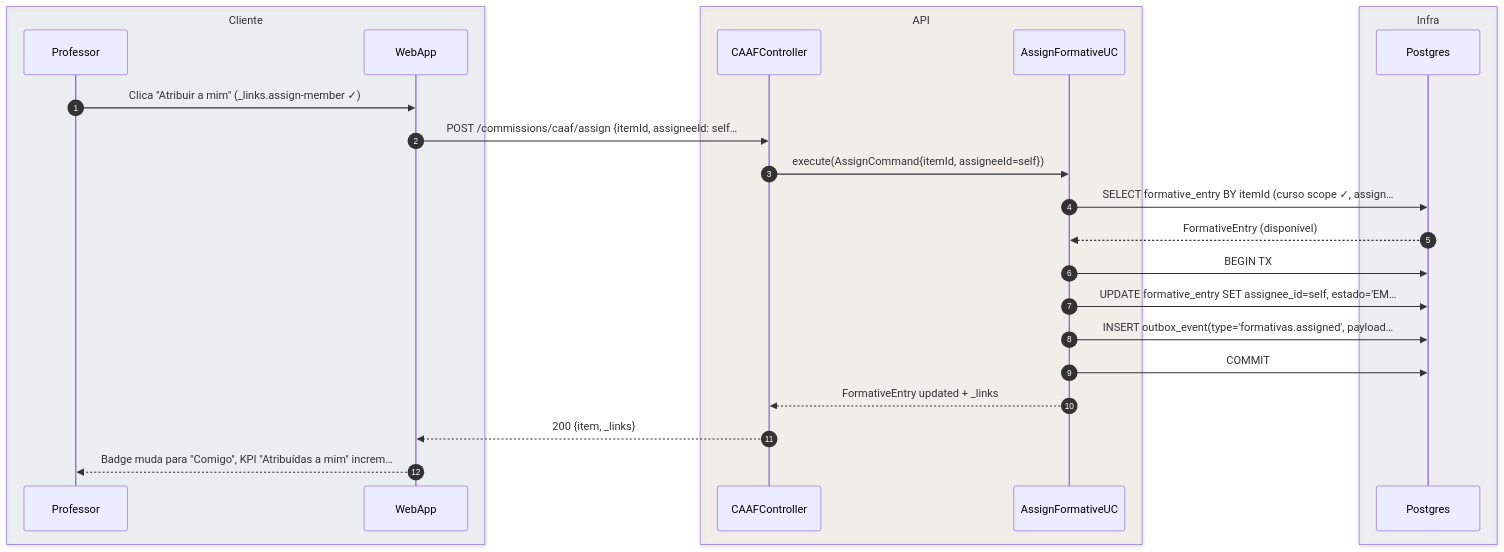
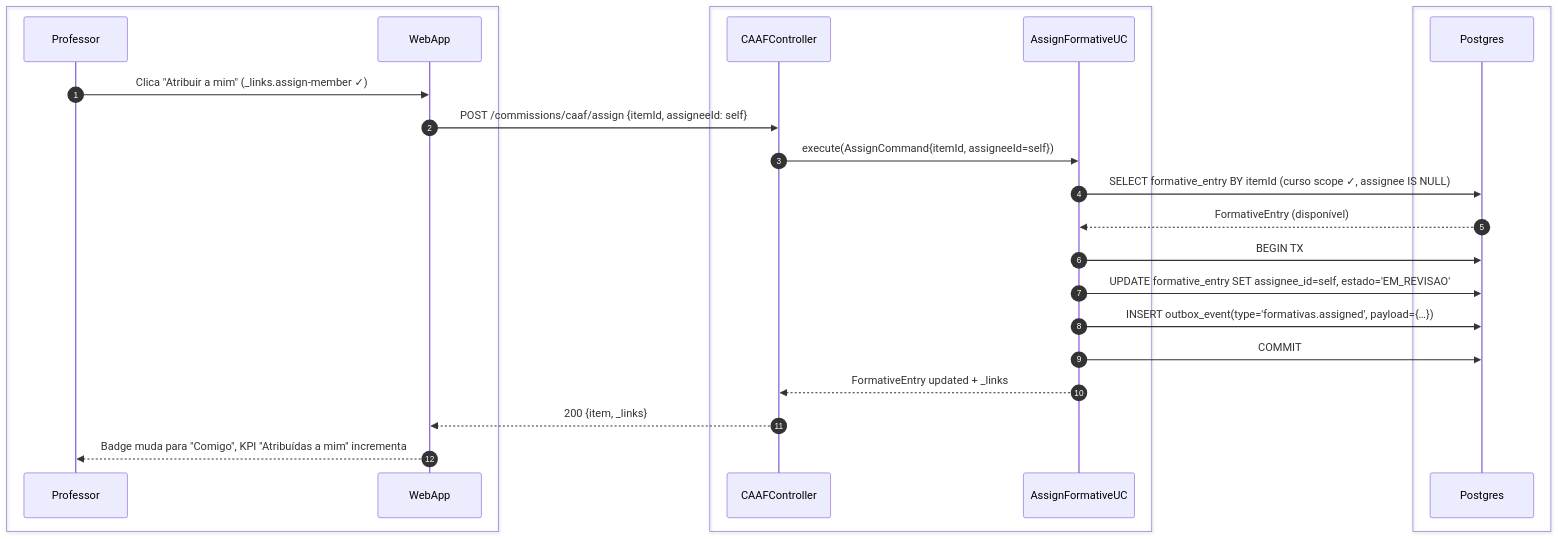
The second of 6 diagrams in foundationDocs/sequenceDiagrams/F4 — Comissões/US-F4-001-COMISSAO-CAAF.md (umishell/secretariaOnline2), drawn with Mermaid before and after one commit. The commit also changed other lines of this file and 70 other files, not shown here.

First line of the commit message:
Enhance database documentation and introduce new schema files

````diff
--- a/foundationDocs/sequenceDiagrams/F4 — Comissões/US-F4-001-COMISSAO-CAAF.md
+++ b/foundationDocs/sequenceDiagrams/F4 — Comissões/US-F4-001-COMISSAO-CAAF.md
@@ -93,28 +93,28 @@
 ```mermaid
 sequenceDiagram
     autonumber
-    box rgba(230,245,255,0.3) Cliente
+    box #f4f4f4 Cliente
         participant Professor
         participant WebApp
     end
-    box rgba(255,245,230,0.3) API
+    box #f4f4f4 API
         participant CTRL as CAAFController
         participant UC as AssignFormativeUC
     end
-    box rgba(245,240,255,0.3) Infra
+    box #f4f4f4 Infra
         participant DB as Postgres
     end
 
     Professor->>WebApp: Clica "Atribuir a mim" (_links.assign-member ✓)
-    WebApp->>CTRL: POST /commissions/caaf/assign {itemId, assigneeId: self…
+    WebApp->>CTRL: POST /commissions/caaf/assign {itemId, assigneeId: self}
     CTRL->>UC: execute(AssignCommand{itemId, assigneeId=self})
-    UC->>DB: SELECT formative_entry BY itemId (curso scope ✓, assign…
+    UC->>DB: SELECT formative_entry BY itemId (curso scope ✓, assignee IS NULL)
     DB-->>UC: FormativeEntry (disponível)
     UC->>DB: BEGIN TX
-    UC->>DB: UPDATE formative_entry SET assignee_id=self, estado='EM…
-    UC->>DB: INSERT outbox_event(type='formativas.assigned', payload…
+    UC->>DB: UPDATE formative_entry SET assignee_id=self, estado='EM_REVISAO'
+    UC->>DB: INSERT outbox_event(type='formativas.assigned', payload={…})
     UC->>DB: COMMIT
     UC-->>CTRL: FormativeEntry updated + _links
     CTRL-->>WebApp: 200 {item, _links}
-    WebApp-->>Professor: Badge muda para "Comigo", KPI "Atribuídas a mim" increm…
+    WebApp-->>Professor: Badge muda para "Comigo", KPI "Atribuídas a mim" incrementa
 ```
````
